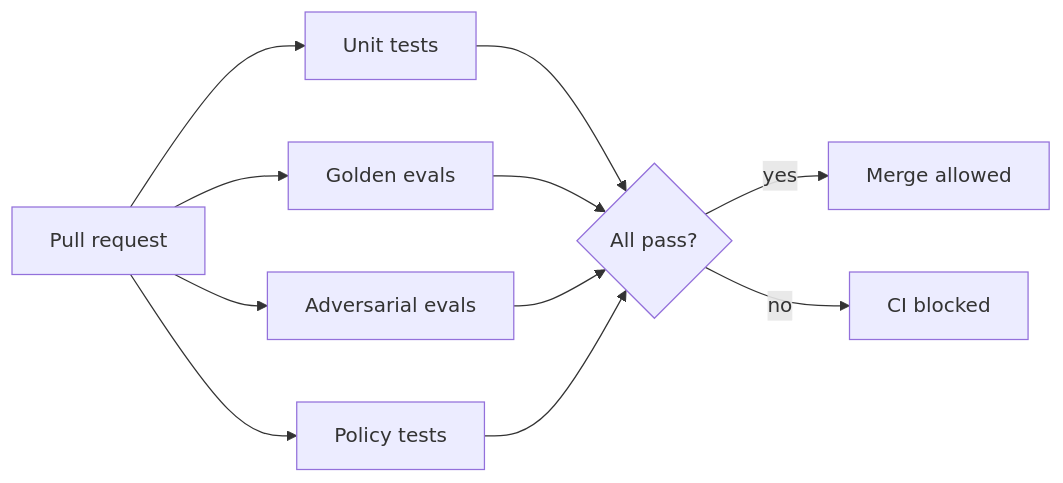
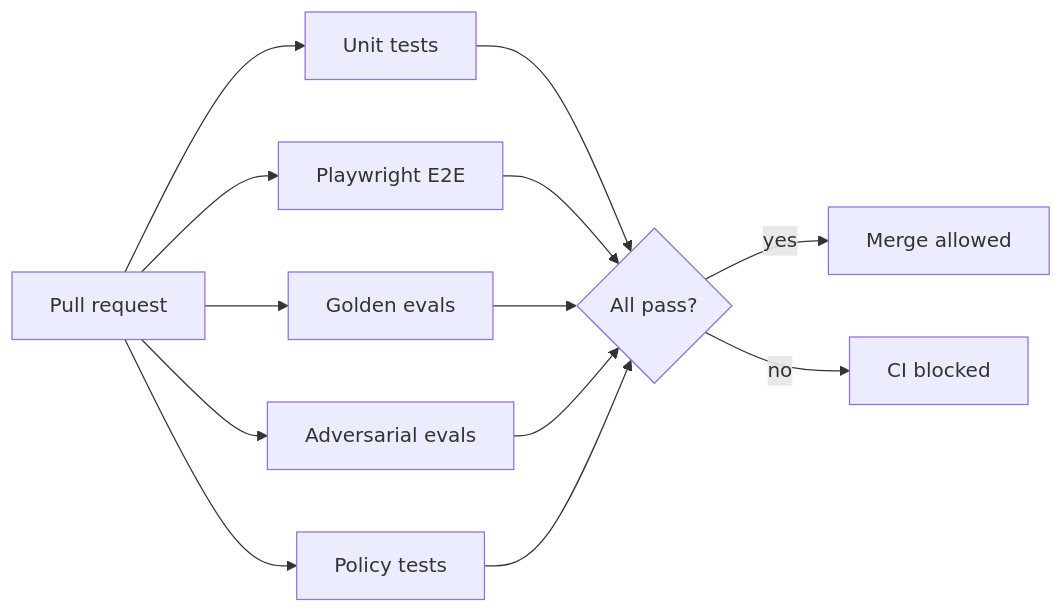
One commit to AsifAd/runbook-agent changed the diagram in website/docs/evals/testing-strategy.md. Above: the diagram before and after it, drawn with Mermaid. The commit also changed other lines of this file and 26 other files, not shown here.

````diff
--- a/website/docs/evals/testing-strategy.md
+++ b/website/docs/evals/testing-strategy.md
@@ -11,13 +13,15 @@
 ```mermaid
 flowchart LR
   PR[Pull request] --> UNIT[Unit tests]
+  PR --> E2E[Playwright E2E]
   PR --> GOLD[Golden evals]
   PR --> ADV[Adversarial evals]
   PR --> POL[Policy tests]
   UNIT --> GATE{All pass?}
+  E2E --> GATE
   GOLD --> GATE
   ADV --> GATE
   POL --> GATE
   GATE -->|yes| MERGE[Merge allowed]
   GATE -->|no| BLOCK[CI blocked]
 ```
````
